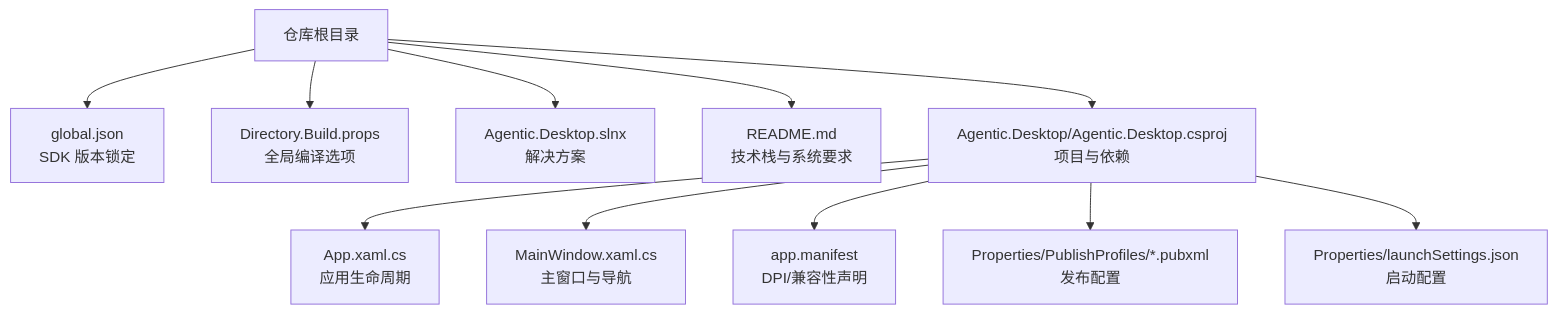
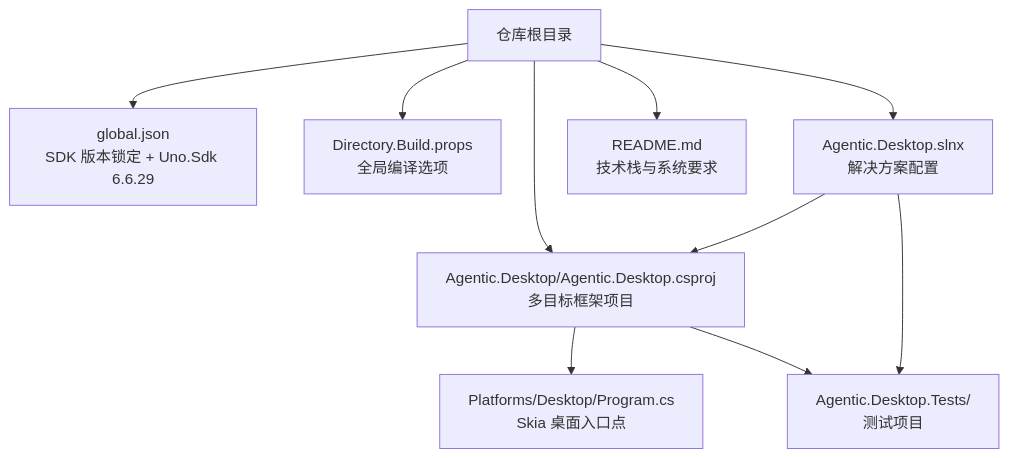
The first of 5 diagrams in .qoder/repowiki/zh/content/开发指南/环境搭建.md (AgenticDesktop/App), drawn with Mermaid before and after one commit. The commit also changed other lines of this file and 108 other files, not shown here.

First line of the commit message:
Add support for Uno Desktop and WinUI 3 build scripts

````diff
--- a/.qoder/repowiki/zh/content/开发指南/环境搭建.md
+++ b/.qoder/repowiki/zh/content/开发指南/环境搭建.md
@@ -48,13 +117,12 @@
 ```mermaid
 graph TB
-Root["仓库根目录"] --> Global["global.json<br/>SDK 版本锁定"]
+Root["仓库根目录"] --> Global["global.json<br/>SDK 版本锁定 + Uno.Sdk 6.6.29"]
 Root --> BuildProps["Directory.Build.props<br/>全局编译选项"]
-Root --> Solution["Agentic.Desktop.slnx<br/>解决方案"]
+Root --> Solution["Agentic.Desktop.slnx<br/>解决方案配置"]
 Root --> Readme["README.md<br/>技术栈与系统要求"]
-Root --> AppProj["Agentic.Desktop/Agentic.Desktop.csproj<br/>项目与依赖"]
-AppProj --> AppCode["App.xaml.cs<br/>应用生命周期"]
-AppProj --> MainWindow["MainWindow.xaml.cs<br/>主窗口与导航"]
-AppProj --> Manifest["app.manifest<br/>DPI/兼容性声明"]
-AppProj --> Publish["Properties/PublishProfiles/*.pubxml<br/>发布配置"]
-AppProj --> Launch["Properties/launchSettings.json<br/>启动配置"]
+Root --> AppProj["Agentic.Desktop/Agentic.Desktop.csproj<br/>多目标框架项目"]
+AppProj --> DesktopEntry["Platforms/Desktop/Program.cs<br/>Skia 桌面入口点"]
+AppProj --> TestProj["Agentic.Desktop.Tests/<br/>测试项目"]
+Solution --> AppProj
+Solution --> TestProj
 ```
````
